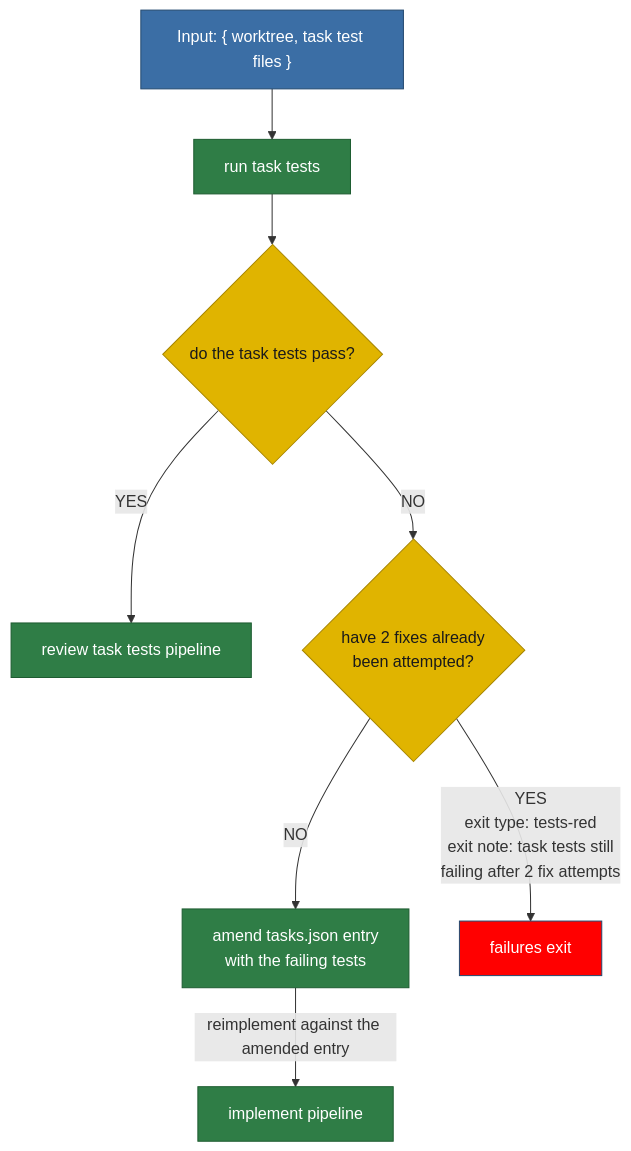
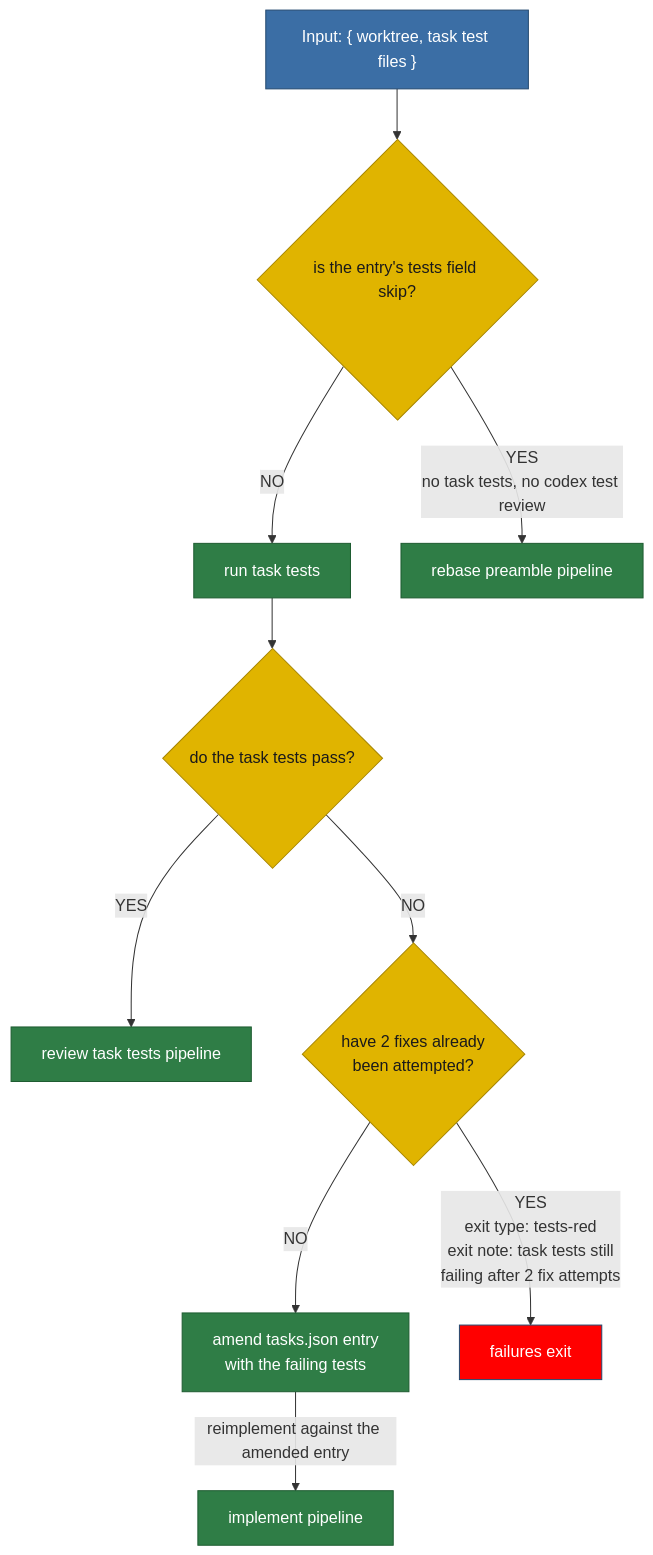
The diagram in plans/diagram/pipeline-taskTests.mmd (matkatmusic/taskTools), drawn with Mermaid before and after one commit. The commit also changed 20 other files, not shown here.

Commit message:
added skipping of tests when tasks.json entry says "tests: skip"

```diff
--- a/plans/diagram/pipeline-taskTests.mmd
+++ b/plans/diagram/pipeline-taskTests.mmd
@@ -1,56 +1,60 @@
 flowchart TB
 %% TASK TESTS PIPELINE. Split from pipeline-implementTest.mmd.
 %% ---
 %% Input: committed work from the implement pipeline.
 %% ---
 %% Job: get the task's own tests green.
 %% ---
 %% Rules not shown in the graph:
 %% ---
 %% Every read and write of tasks.json is atomic.
 %% ---
 %% A repair is never tested until committed, so a failure re-enters the implement pipeline, not this one.
 %% ---
 %% Boxes touching the working tree run deepest submodule first, root last. tasks.json-only boxes do not.
 %% ---
 %% amend tasks.json entry also raises the fix counter by one.
 %% ---
 %% A script that fails operationally exits as run-failed.
 %% ---
+%% An entry whose tests field is "skip" runs no task tests and no codex test review: it goes straight to the rebase preamble.
+%% ---
 %% Exit types: tests-red, run-failed.
 %% ---
 %% CODE TASK: the runtime disagrees with this graph.
 %% ---
 %% tackle-tasks.workflow.template.js sets MAX_ATTEMPTS = 2.
 %% ---
 %% It runs only 1 fix before tests-red.
 %% ---
 %% Its exit note still says "after 2 codebase fixes".
 
-  COMMITTED_WORK_INPUT["Input: { worktree, task test files }"] --> RUN_TASK_TESTS
+  COMMITTED_WORK_INPUT["Input: { worktree, task test files }"] --> ARE_TASK_TESTS_SKIPPED{"is the entry's tests field skip?"}
+  ARE_TASK_TESTS_SKIPPED -->|NO| RUN_TASK_TESTS
+  ARE_TASK_TESTS_SKIPPED -- "YES<br/>no task tests, no codex test review" --> REBASE_PREAMBLE_PIPELINE["rebase preamble pipeline"]
   RUN_TASK_TESTS["run task tests"] --> DO_TASK_TESTS_PASS{"do the task tests pass?"}
   DO_TASK_TESTS_PASS -->|YES| REVIEW_TESTS_PIPELINE["review task tests pipeline"]
   DO_TASK_TESTS_PASS -->|NO| ARE_2_TEST_FIXES_DONE{"have 2 fixes already<br/>been attempted?"}
 
   ARE_2_TEST_FIXES_DONE -->|NO| AMEND_ENTRY_WITH_FAILING_TESTS["amend tasks.json entry<br/>with the failing tests"]
   ARE_2_TEST_FIXES_DONE -- "YES<br/>exit type: tests-red<br/>exit note: task tests still<br/>failing after 2 fix attempts" --> EXIT_WORKFLOW_TASK_TESTS
   AMEND_ENTRY_WITH_FAILING_TESTS -- "reimplement against the amended entry" --> IMPLEMENT_PIPELINE["implement pipeline"]
 
 
   EXIT_WORKFLOW_TASK_TESTS["failures exit"]
 
   %% Green heads for the next pipeline.
   %% ---
   %% Red reimplements, or ends in the exit workflow.
   classDef pipeline fill:#2f7d46,stroke:#1e5c31,color:#ffffff
   classDef script fill:#2f7d46,stroke:#1e5c31,color:#ffffff
   classDef decision fill:#e0b400,stroke:#a88600,color:#1a1a1a
   classDef output fill:#3b6ea5,stroke:#254a70,color:#ffffff
   classDef fail fill:red,stroke:#254a70,color:#ffffff
   classDef pass fill:#2f7d46,stroke:#1e5c31,color:#ffffff
   classDef nopass fill:#a52a1e,stroke:#6d1a12,color:#ffffff
-  class DO_TASK_TESTS_PASS,ARE_2_TEST_FIXES_DONE decision
+  class ARE_TASK_TESTS_SKIPPED,DO_TASK_TESTS_PASS,ARE_2_TEST_FIXES_DONE decision
   class AMEND_ENTRY_WITH_FAILING_TESTS,RUN_TASK_TESTS script
-  class IMPLEMENT_PIPELINE,REVIEW_TESTS_PIPELINE pipeline
+  class IMPLEMENT_PIPELINE,REVIEW_TESTS_PIPELINE,REBASE_PREAMBLE_PIPELINE pipeline
   class EXIT_WORKFLOW_TASK_TESTS fail
   class COMMITTED_WORK_INPUT output
```
